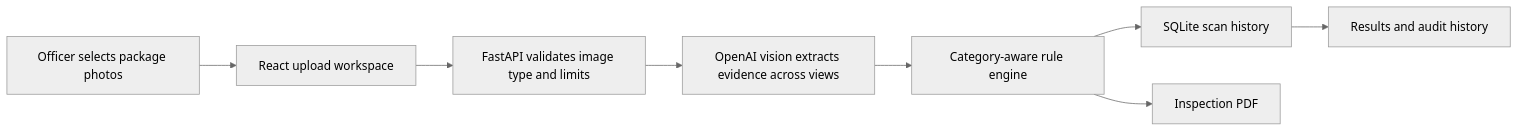
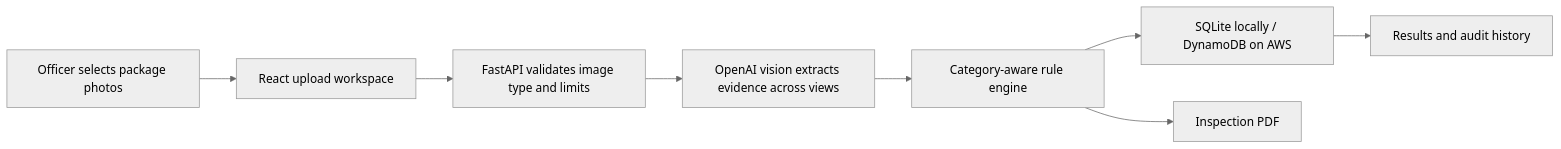
One commit to jayantsharmatech/Nyay-vision-IIITD- changed the diagram in README.md. Above: the diagram before and after it, drawn with Mermaid (neutral theme). The commit also changed other lines of this file and 8 other files, not shown here.

````diff
--- a/README.md
+++ b/README.md
@@ -40,10 +40,10 @@
 ```mermaid
 flowchart LR
     A[Officer selects package photos] --> B[React upload workspace]
     B --> C[FastAPI validates image type and limits]
     C --> D[OpenAI vision extracts evidence across views]
     D --> E[Category-aware rule engine]
-    E --> F[SQLite scan history]
+    E --> F[SQLite locally / DynamoDB on AWS]
     E --> G[Inspection PDF]
     F --> H[Results and audit history]
 ```
````
